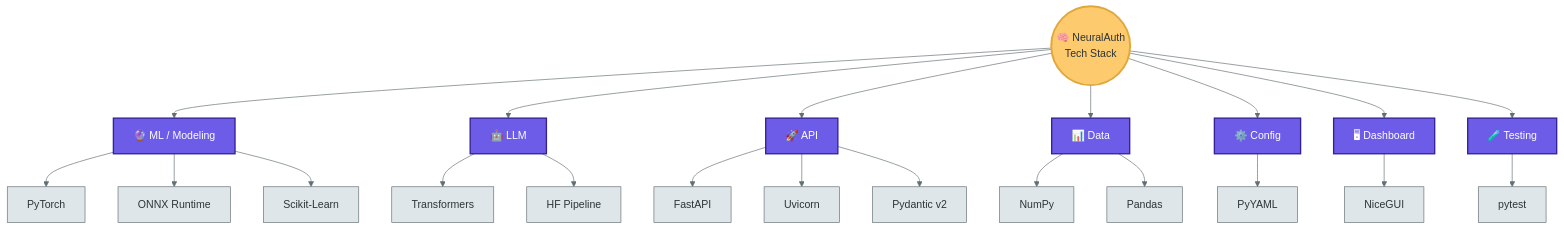
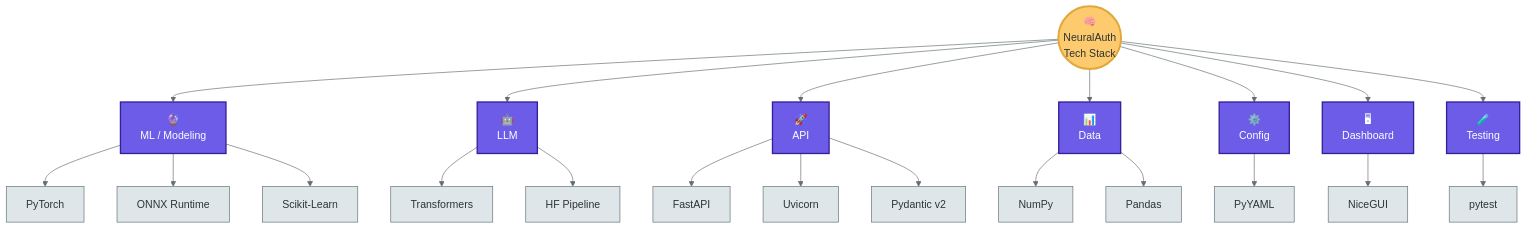
Before and after one commit to couder-04/NeuralAuth: diagram 14 of 15 in README.md, drawn with Mermaid. The commit also changed other lines of this file, not shown here.

````diff
--- a/README.md
+++ b/README.md
@@ -700,40 +700,40 @@
 ```mermaid
 %%{init: {'theme':'base', 'themeVariables': {'primaryColor':'#fdcb6e','primaryTextColor':'#2d3436','primaryBorderColor':'#e1a83c','lineColor':'#636e72'}}}%%
 flowchart TD
-    Root(("🧠 NeuralAuth<br/>Tech Stack"))
+    Root(("🧠<br/>NeuralAuth<br/>Tech Stack"))
 
-    Root --> ML["🔮 ML / Modeling"]
+    Root --> ML["🔮<br/>ML / Modeling"]
     ML --> ML1["PyTorch"]
     ML --> ML2["ONNX Runtime"]
     ML --> ML3["Scikit-Learn"]
 
-    Root --> LLM["🤖 LLM"]
+    Root --> LLM["🤖<br/>LLM"]
     LLM --> LLM1["Transformers"]
     LLM --> LLM2["HF Pipeline"]
 
-    Root --> API2["🚀 API"]
+    Root --> API2["🚀<br/>API"]
     API2 --> API1["FastAPI"]
     API2 --> API3["Uvicorn"]
     API2 --> API4["Pydantic v2"]
 
-    Root --> Data2["📊 Data"]
+    Root --> Data2["📊<br/>Data"]
     Data2 --> Data1["NumPy"]
     Data2 --> Data3["Pandas"]
 
-    Root --> Cfg2["⚙️ Config"]
+    Root --> Cfg2["⚙️<br/>Config"]
     Cfg2 --> Cfg1["PyYAML"]
 
-    Root --> Dash2["🖥 Dashboard"]
+    Root --> Dash2["🖥<br/>Dashboard"]
     Dash2 --> Dash1["NiceGUI"]
 
-    Root --> Test2["🧪 Testing"]
+    Root --> Test2["🧪<br/>Testing"]
     Test2 --> Test1["pytest"]
 
     classDef root fill:#fdcb6e,stroke:#e1a83c,color:#2d3436,stroke-width:3px
     classDef branch fill:#6c5ce7,stroke:#341f97,color:#fff,stroke-width:2px
     classDef leaf fill:#dfe6e9,stroke:#636e72,color:#2d3436,stroke-width:1px
 
     class Root root
     class ML,LLM,API2,Data2,Cfg2,Dash2,Test2 branch
     class ML1,ML2,ML3,LLM1,LLM2,API1,API3,API4,Data1,Data3,Cfg1,Dash1,Test1 leaf
 ```
````
